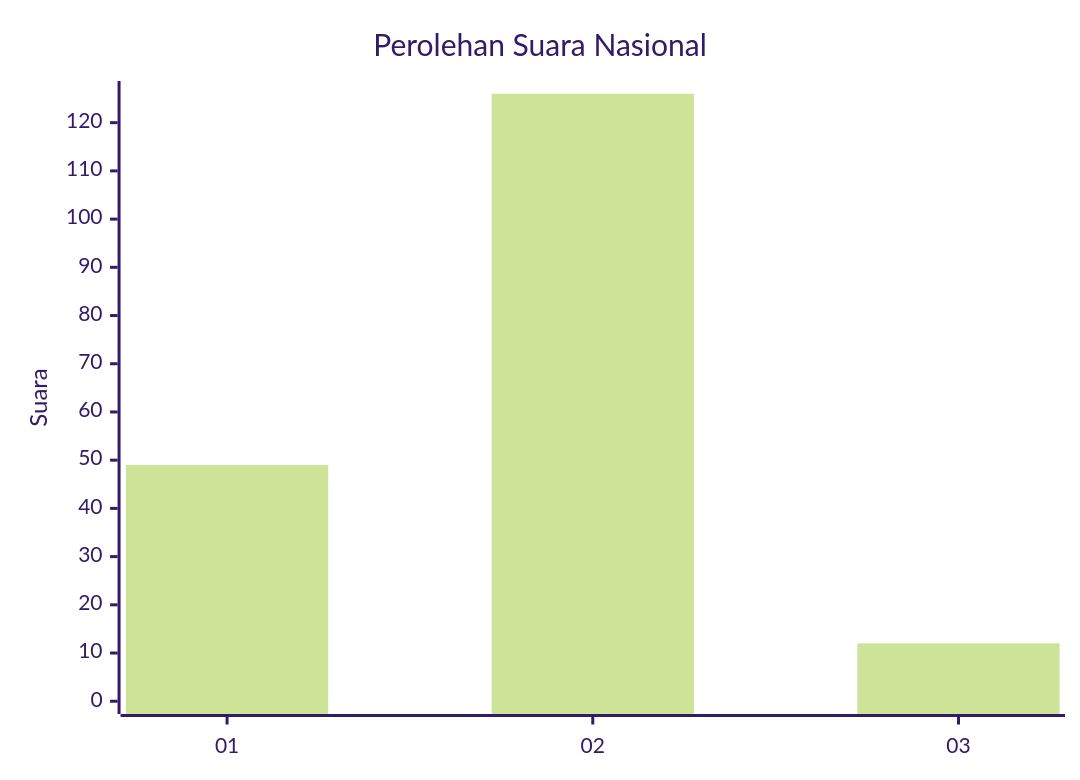
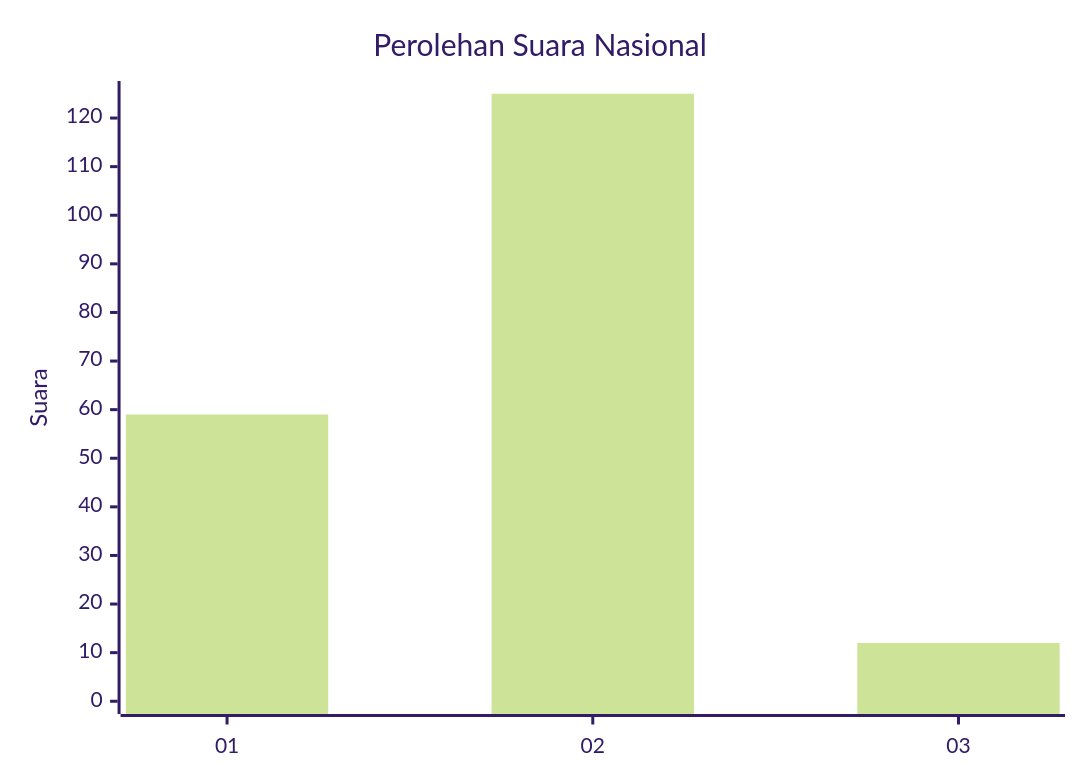
One commit to gigit-pemilu/pemilu-2024-52-nusa-tenggara-barat changed the first of 2 diagrams in pilpres/hitung-suara/sub/52-nusa-tenggara-barat/sub/01-lombok-barat/sub/03-narmada/sub/2018-golong/sub/003-tps/README.md. Above: the diagram before and after it, drawn with Mermaid (forest theme). The commit also changed other lines of this file and 721 other files, not shown here.

````diff
--- a/pilpres/hitung-suara/sub/52-nusa-tenggara-barat/sub/01-lombok-barat/sub/03-narmada/sub/2018-golong/sub/003-tps/README.md
+++ b/pilpres/hitung-suara/sub/52-nusa-tenggara-barat/sub/01-lombok-barat/sub/03-narmada/sub/2018-golong/sub/003-tps/README.md
@@ -5,7 +5,7 @@
 ```mermaid
 xychart-beta
     title "Perolehan Suara Nasional"
     x-axis [01, 02, 03]
-    y-axis "Suara" 0 --> 126
-    bar [49, 126, 12]
+    y-axis "Suara" 0 --> 125
+    bar [59, 125, 12]
 ```
````
